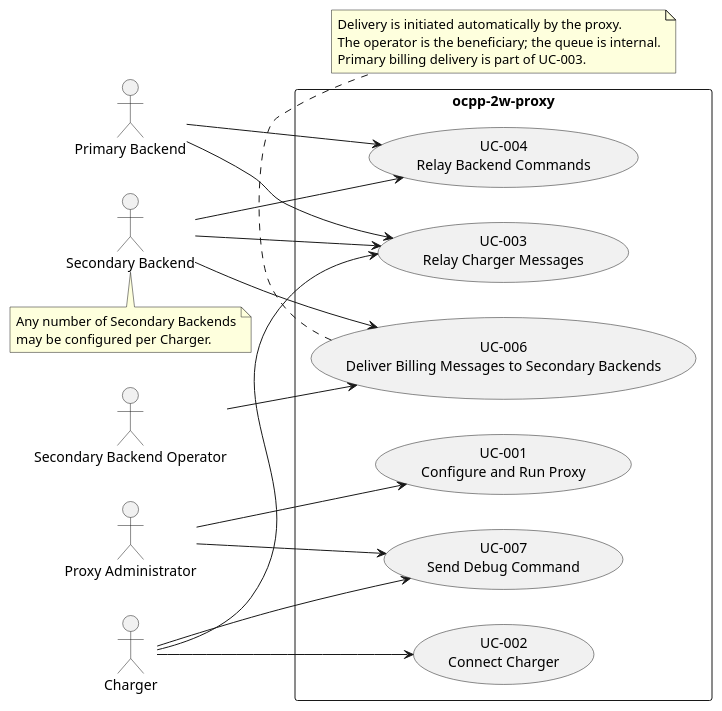
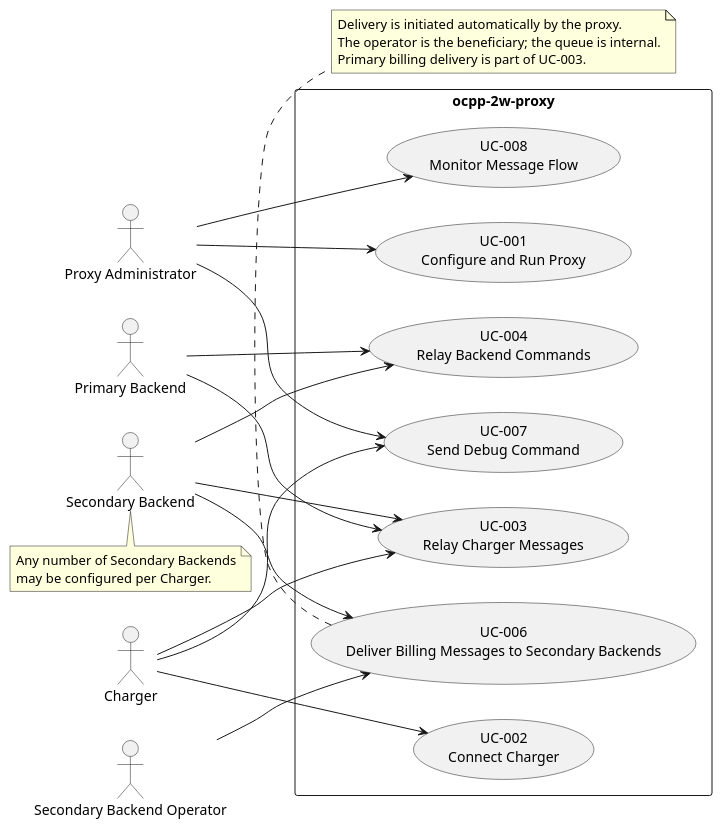
The diagram in docs/use_cases.puml (auricgoldfinger/ocpp-2w-proxy), drawn with PlantUML before and after one commit. The commit also changed 4 other files, not shown here.

Commit message:
Specify the Flow Monitor: requirements, UC-008, glossary and roadmap

```diff
--- a/docs/use_cases.puml
+++ b/docs/use_cases.puml
@@ -1,44 +1,46 @@
 @startuml Use Cases Overview
 left to right direction
 
 actor "Proxy Administrator" as admin
 actor "Charger" as charger
 actor "Primary Backend" as primary
 actor "Secondary Backend" as secondary
 actor "Secondary Backend Operator" as secondary_operator
 
 rectangle "ocpp-2w-proxy" {
     usecase "UC-001\nConfigure and Run Proxy" as UC001
     usecase "UC-002\nConnect Charger" as UC002
     usecase "UC-003\nRelay Charger Messages" as UC003
     usecase "UC-004\nRelay Backend Commands" as UC004
     usecase "UC-006\nDeliver Billing Messages to Secondary Backends" as UC006
     usecase "UC-007\nSend Debug Command" as UC007
+    usecase "UC-008\nMonitor Message Flow" as UC008
 }
 
 note bottom of secondary
   Any number of Secondary Backends
   may be configured per Charger.
 end note
 
 admin --> UC001
 charger --> UC002
 charger --> UC003
 primary --> UC003
 secondary --> UC003
 primary --> UC004
 secondary --> UC004
 secondary --> UC006
 secondary_operator --> UC006
 admin --> UC007
 charger --> UC007
+admin --> UC008
 
 note bottom of UC006
   Delivery is initiated automatically by the proxy.
   The operator is the beneficiary; the queue is internal.
   Primary billing delivery is part of UC-003.
 end note
 
 ' UC-005 "Control Secondary Backend Commands" is obsolete, superseded by UC-004.
 
 @enduml
```
